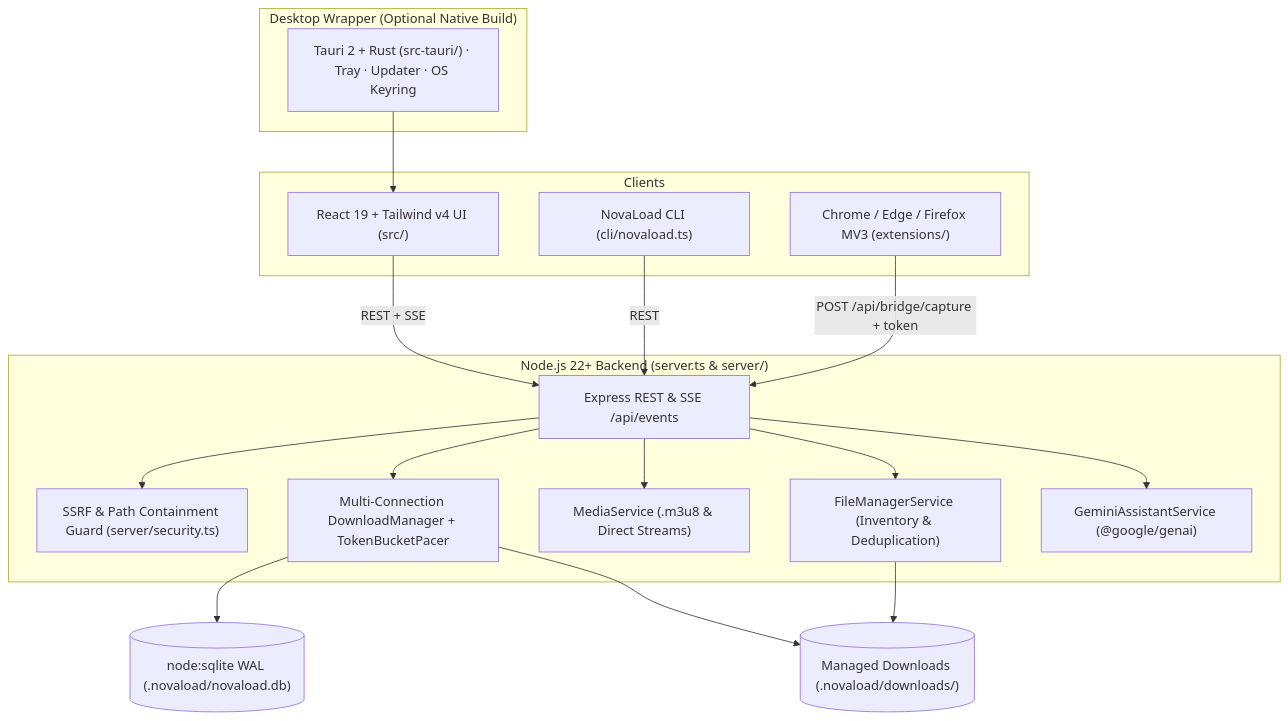
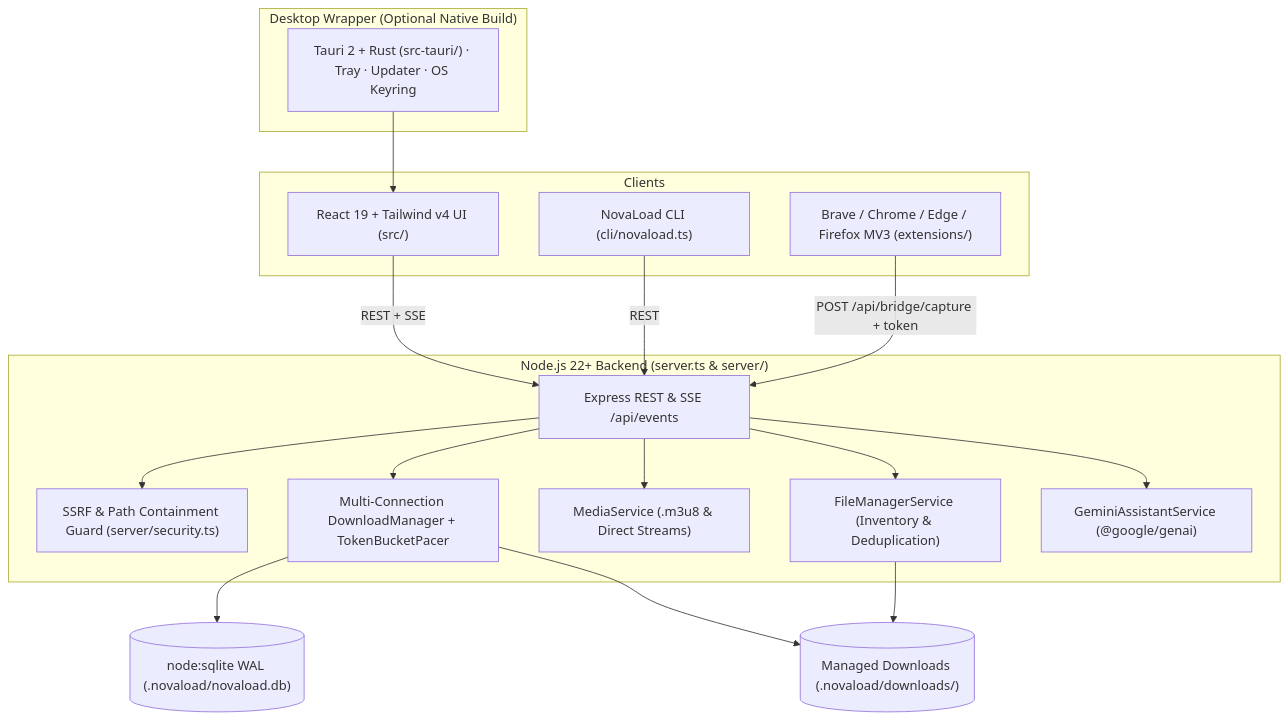
The diagram in README.md (Developer04ZF/NovaLoad), drawn with Mermaid before and after one commit. The commit also changed other lines of this file and 100 other files, not shown here.

````diff
--- a/README.md
+++ b/README.md
@@ -253,37 +284,37 @@
 ```mermaid
 flowchart TB
   subgraph Clients
     UI["React 19 + Tailwind v4 UI (src/)"]
-    EXT["Chrome / Edge / Firefox MV3 (extensions/)"]
+    EXT["Brave / Chrome / Edge / Firefox MV3 (extensions/)"]
     CLI["NovaLoad CLI (cli/novaload.ts)"]
   end
 
   subgraph DesktopShell["Desktop Wrapper (Optional Native Build)"]
     TAURI["Tauri 2 + Rust (src-tauri/) · Tray · Updater · OS Keyring"]
   end
 
   subgraph Backend["Node.js 22+ Backend (server.ts & server/)"]
     API["Express REST & SSE /api/events"]
     SEC["SSRF & Path Containment Guard (server/security.ts)"]
     ENG["Multi-Connection DownloadManager + TokenBucketPacer"]
     MED["MediaService (.m3u8 & Direct Streams)"]
     FM["FileManagerService (Inventory & Deduplication)"]
     AI["GeminiAssistantService (@google/genai)"]
   end
 
   DB[("node:sqlite WAL (.novaload/novaload.db)")]
   DISK[("Managed Downloads (.novaload/downloads/)")]
 
   TAURI --> UI
   UI -->|REST + SSE| API
   CLI -->|REST| API
   EXT -->|POST /api/bridge/capture + token| API
   API --> SEC
   API --> ENG
   API --> MED
   API --> FM
   API --> AI
   ENG --> DB
   ENG --> DISK
   FM --> DISK
 ```
````
